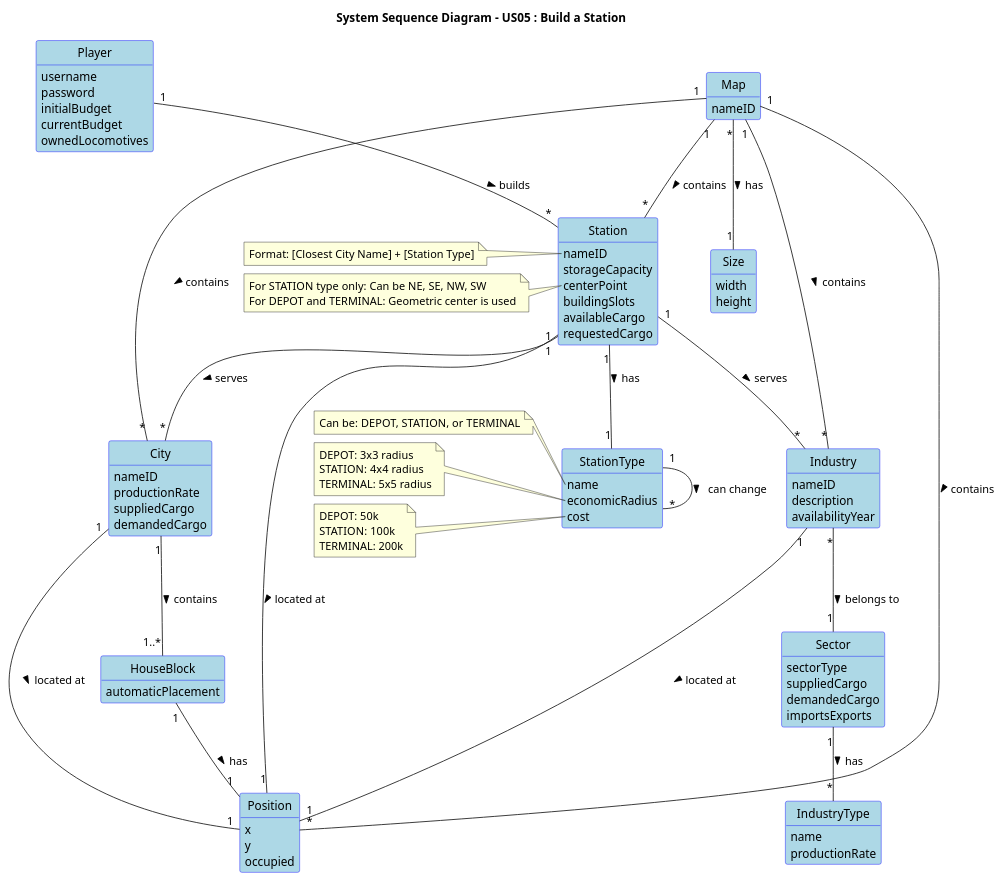
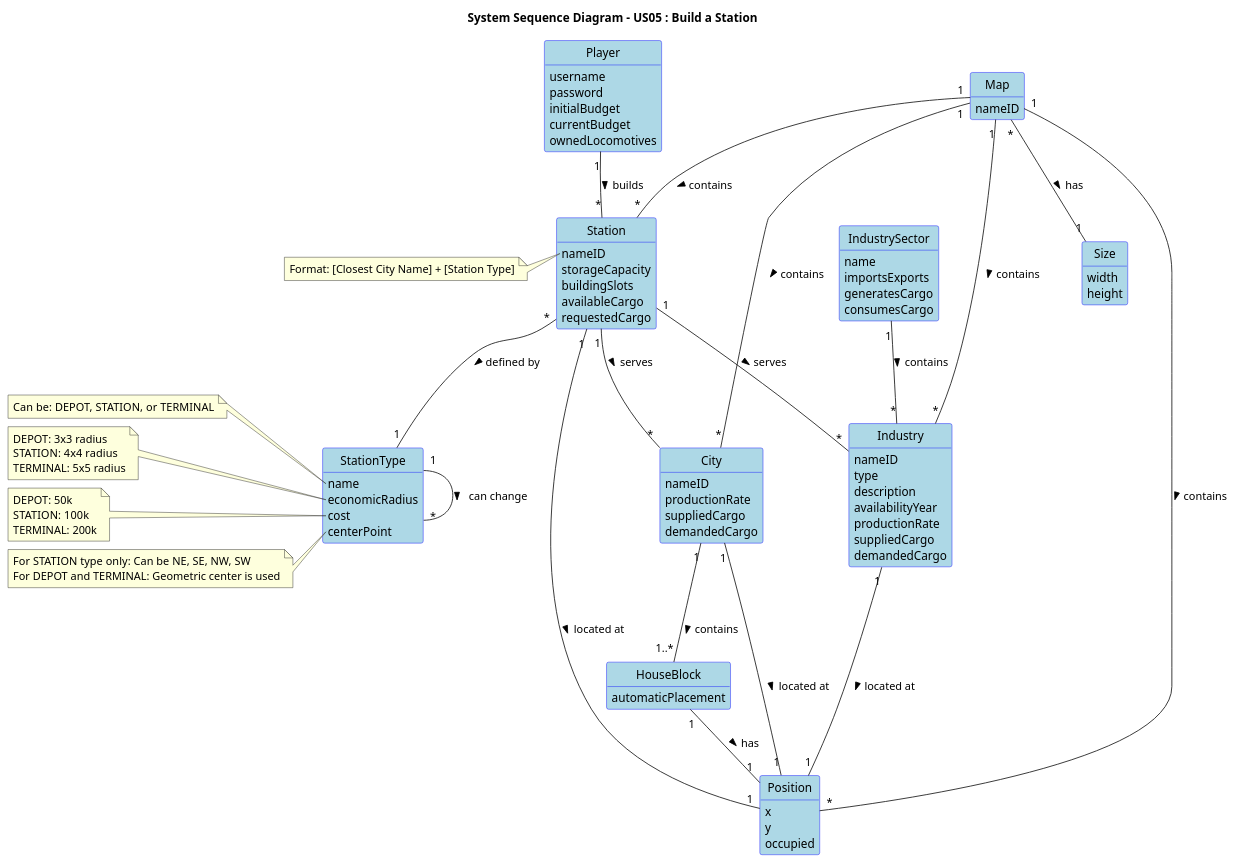
One commit to HenriqueSilva18/Railway-Network-Simulator changed the diagram in docs/system-documentation/Sprint 2/US05/02.analysis/puml/US05-DM.puml. Above: the diagram before and after it, drawn with PlantUML. The commit also changed 5 other files, not shown here.

```diff
--- a/docs/system-documentation/Sprint 2/US05/02.analysis/puml/US05-DM.puml
+++ b/docs/system-documentation/Sprint 2/US05/02.analysis/puml/US05-DM.puml
@@ -1,129 +1,127 @@
 @startuml
 skinparam shadowing false
 skinparam classAttributeIconSize 0
 skinparam class {
   BackgroundColor LightBlue
   BorderColor Blue
 }
 hide circle
 hide methods
 
 title "System Sequence Diagram - US05 : Build a Station"
 
 class Player {
   username
   password
   initialBudget
   currentBudget
   ownedLocomotives
 }
 
 class Map {
   nameID
 }
 
 class City {
   nameID
   productionRate
   suppliedCargo
   demandedCargo
 }
 
 class Industry {
   nameID
+  type
   description
   availabilityYear
+  productionRate
+  suppliedCargo
+  demandedCargo
 }
 
-class IndustryType {
+class IndustrySector {
   name
-  productionRate
-}
-
-class Sector {
-  sectorType
-  suppliedCargo
-  demandedCargo
   importsExports
+  generatesCargo
+  consumesCargo
 }
 
 class Position {
   x
   y
   occupied
 }
 
 class Size {
   width
   height
 }
 
 class Station {
   nameID
   storageCapacity
-  centerPoint
   buildingSlots
   availableCargo
   requestedCargo
 }
 
 class StationType {
   name
   economicRadius
   cost
+  centerPoint
 }
 
 class HouseBlock {
   automaticPlacement
 }
 
 
 note left of Station::nameID
   Format: [Closest City Name] + [Station Type]
 end note
 
 note left of StationType::name
   Can be: DEPOT, STATION, or TERMINAL
 end note
 
 note left of StationType::economicRadius
   DEPOT: 3x3 radius
   STATION: 4x4 radius
   TERMINAL: 5x5 radius
 end note
 
 note left of StationType::cost
   DEPOT: 50k
   STATION: 100k
   TERMINAL: 200k
 end note
 
-note left of Station::centerPoint
+note left of StationType::centerPoint
   For STATION type only: Can be NE, SE, NW, SW
   For DEPOT and TERMINAL: Geometric center is used
 end note
 
 ' Relationships with corrected multiplicities
 Player "1" -- "*" Station : builds >
 City "1" -- "1" Position : located at >
 Industry "1" -- "1" Position : located at >
 Map "1" -- "*" City : contains >
 Map "1" -- "*" Industry : contains >
 Map "1" -- "*" Position : contains >
 Map "1" -- "*" Station : contains >
 Map "*" -- "1" Size : has >
 Station "1" -- "*" City : serves >
 Station "1" -- "*" Industry : serves >
 Station "1" -- "1" Position : located at >
 
 City "1" -- "1..*" HouseBlock : contains >
 HouseBlock "1" -- "1" Position : has >
 
-Industry "*" -- "1" Sector : belongs to >
-Sector "1" -- "*" IndustryType : has >
-Station "1" -- "1" StationType : has >
+IndustrySector "1" -- "*" Industry : contains >
+Station "*" -- "1" StationType : defined by >
 
 StationType "1" -- "*" StationType : can change >
 
 
 @enduml
```
